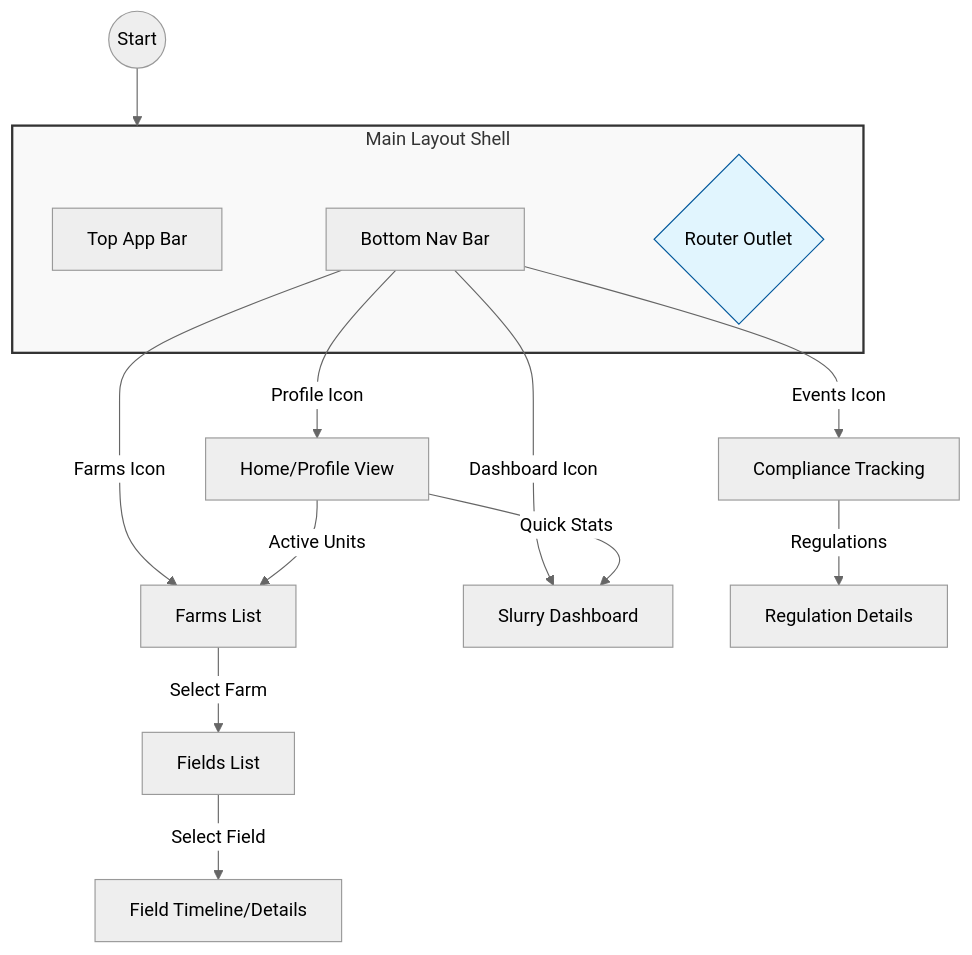
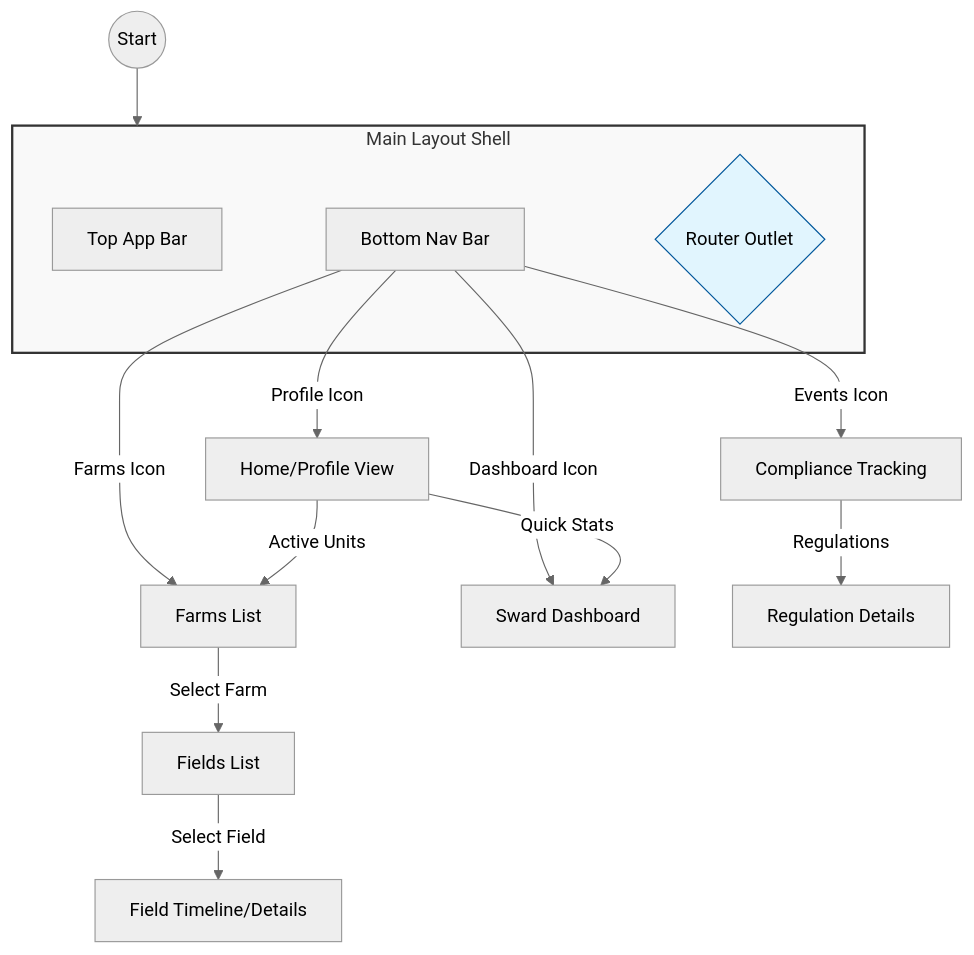
Before and after one commit to PolecatWorks/sward-warden: the diagram in spec/analysis/ui-review.md, drawn with Mermaid (neutral theme). The commit also changed other lines of this file and 206 other files, not shown here.

````diff
--- a/spec/analysis/ui-review.md
+++ b/spec/analysis/ui-review.md
@@ -67,26 +120,26 @@
 ```mermaid
 graph TD
     subgraph MainLayout [Main Layout Shell]
         Header[Top App Bar]
         Footer[Bottom Nav Bar]
         Outlet{Router Outlet}
     end
 
     Start((Start)) --> MainLayout
-    
+
     Footer --> |Profile Icon| Home[Home/Profile View]
     Footer --> |Farms Icon| Farms[Farms List]
-    Footer --> |Dashboard Icon| Dash[Slurry Dashboard]
+    Footer --> |Dashboard Icon| Dash[Sward Dashboard]
     Footer --> |Events Icon| Comp[Compliance Tracking]
 
     Farms --> |Select Farm| Fields[Fields List]
     Fields --> |Select Field| FieldDetail[Field Timeline/Details]
-    
+
     Home --> |Quick Stats| Dash
     Home --> |Active Units| Farms
-    
+
     Comp --> |Regulations| Detail[Regulation Details]
-    
+
     style MainLayout fill:#f9f9f9,stroke:#333,stroke-width:2px
     style Outlet fill:#e1f5fe,stroke:#01579b
 ```
````
